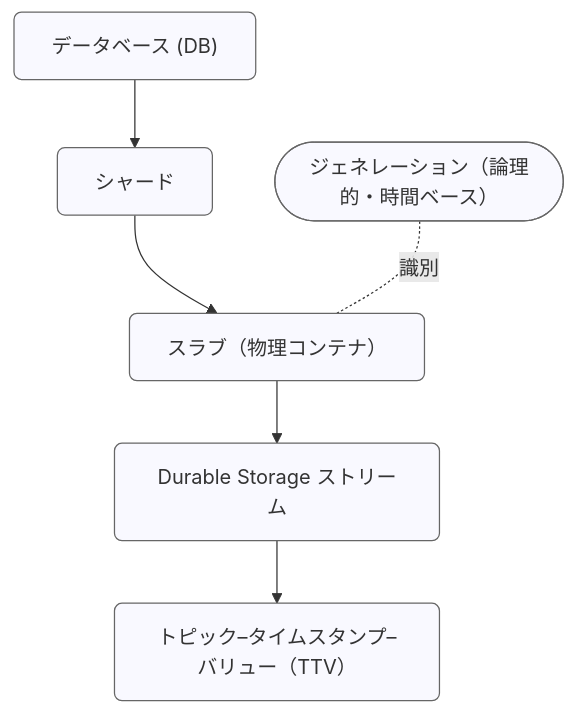
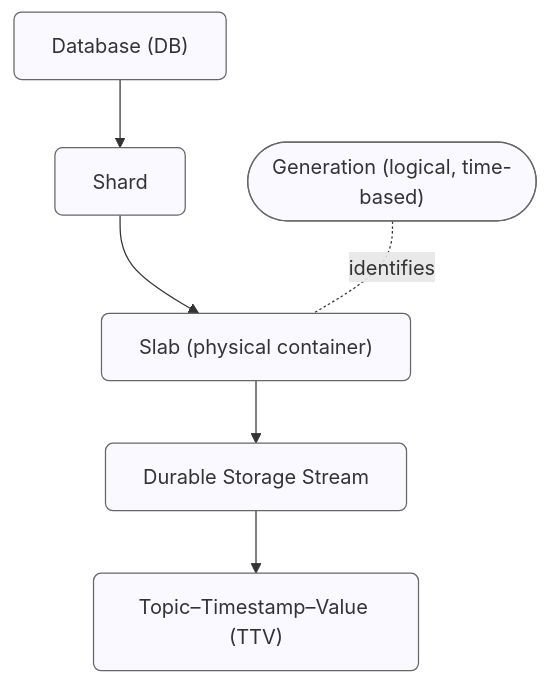
The diagram in ja_JP/develop/design/durable-storage.md (emqx/emqx-docs), drawn with Mermaid before and after one commit. The commit also changed other lines of this file and 411 other files, not shown here.

````diff
--- a/ja_JP/develop/design/durable-storage.md
+++ b/ja_JP/develop/design/durable-storage.md
@@ -30,20 +30,20 @@
 ```mermaid
 flowchart TB
     %% Durable Storage Hierarchy Diagram
-    DB["データベース (DB)"]
-    SH["シャード"]
-    GEN(["ジェネレーション（論理的・時間ベース）"])
-    SL["スラブ（物理コンテナ）"]
-    ST["Durable Storage ストリーム"]
-    TTV["トピック–タイムスタンプ–バリュー（TTV）"]
+    DB["Database (DB)"]
+    SH["Shard"]
+    GEN(["Generation (logical, time-based)"])
+    SL["Slab (physical container)"]
+    ST["Durable Storage Stream"]
+    TTV["Topic–Timestamp–Value (TTV)"]
 
     %% Main hierarchy
     DB --> SH --> SL --> ST --> TTV
 
     %% Logical relationship
-    GEN -. 識別 .- SL
+    GEN -. identifies .- SL
 
     %% Styling
     classDef box fill:#f9f9ff,stroke:#666,stroke-width:1px,rx:6,ry:6;
     class DB,SH,SL,ST,TTV,GEN box;
 ```
````
